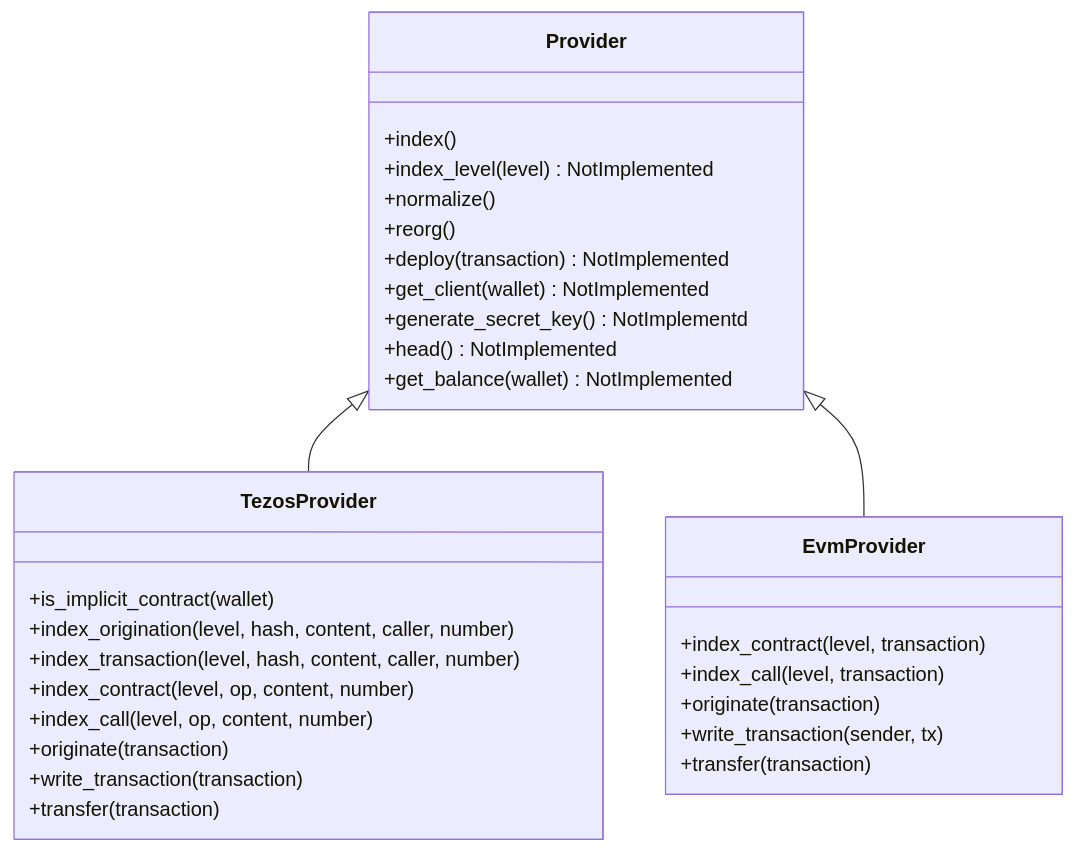
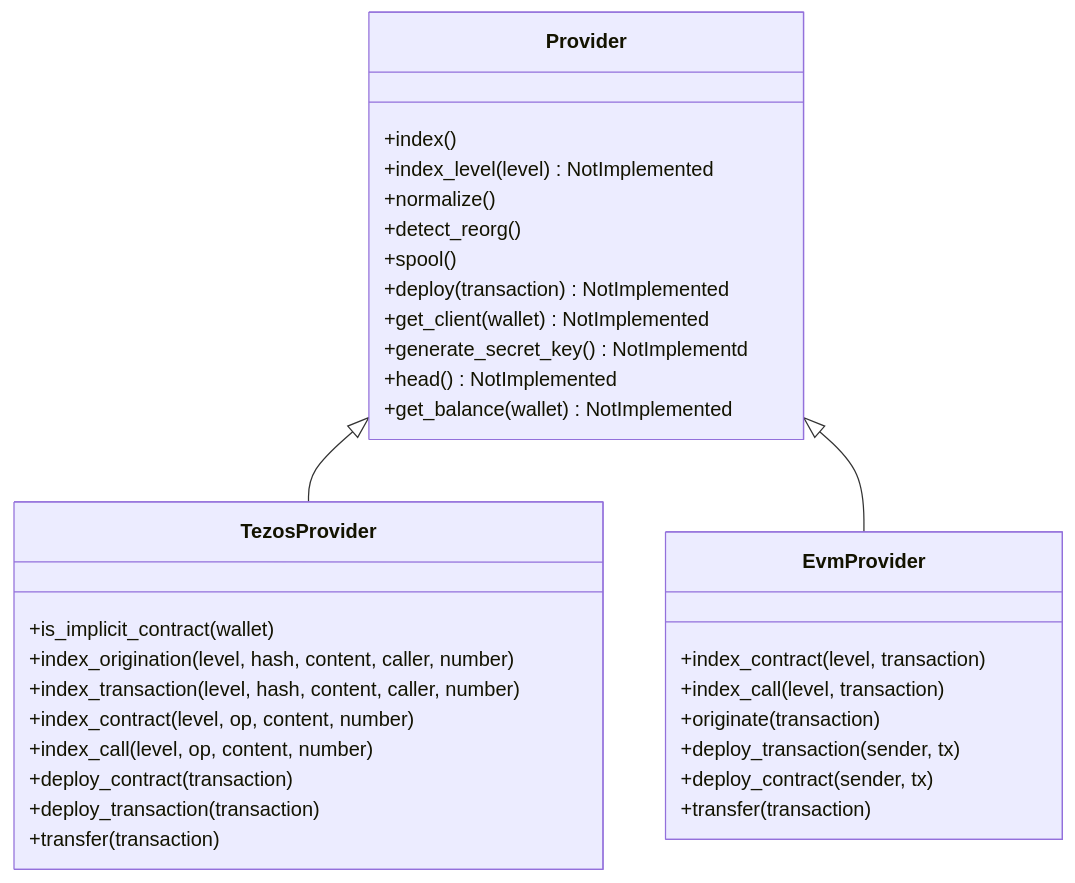
One commit to yourlabs/djWebdApp changed the second of 7 diagrams in docs/paper/djwebdapp_v0.5.org. Above: the diagram before and after it, drawn with Mermaid. The commit also changed other lines of this file and 2 other files, not shown here.

```diff
--- a/docs/paper/djwebdapp_v0.5.org
+++ b/docs/paper/djwebdapp_v0.5.org
@@ -16,31 +117,33 @@
 #+begin_src mermaid :file images/provider.png :pupeteer-config-file ~/puppeteerConfigFile.json
 classDiagram
     Provider <|-- TezosProvider
     Provider <|-- EvmProvider
     Provider: +index()
     Provider: +index_level(level) NotImplemented
     Provider: +normalize()
-    Provider: +reorg()
+    Provider: +detect_reorg()
+    Provider: +spool()
     Provider: +deploy(transaction) NotImplemented
     Provider: +get_client(wallet) NotImplemented
     Provider: +generate_secret_key() NotImplementd
     Provider: +head() NotImplemented
     Provider: +get_balance(wallet) NotImplemented
     class TezosProvider{
        +is_implicit_contract(wallet)
        +index_origination(level, hash, content, caller, number)
        +index_transaction(level, hash, content, caller, number)
        +index_contract(level, op, content, number)
        +index_call(level, op, content, number)
-       +originate(transaction)
-       +write_transaction(transaction)
+       +deploy_contract(transaction)
+       +deploy_transaction(transaction)
        +transfer(transaction)
     }
     class EvmProvider{
        +index_contract(level, transaction)
        +index_call(level, transaction)
        +originate(transaction)
-       +write_transaction(sender, tx)
+       +deploy_transaction(sender, tx)
+       +deploy_contract(sender, tx)
        +transfer(transaction)
     }
 #+end_src
```
